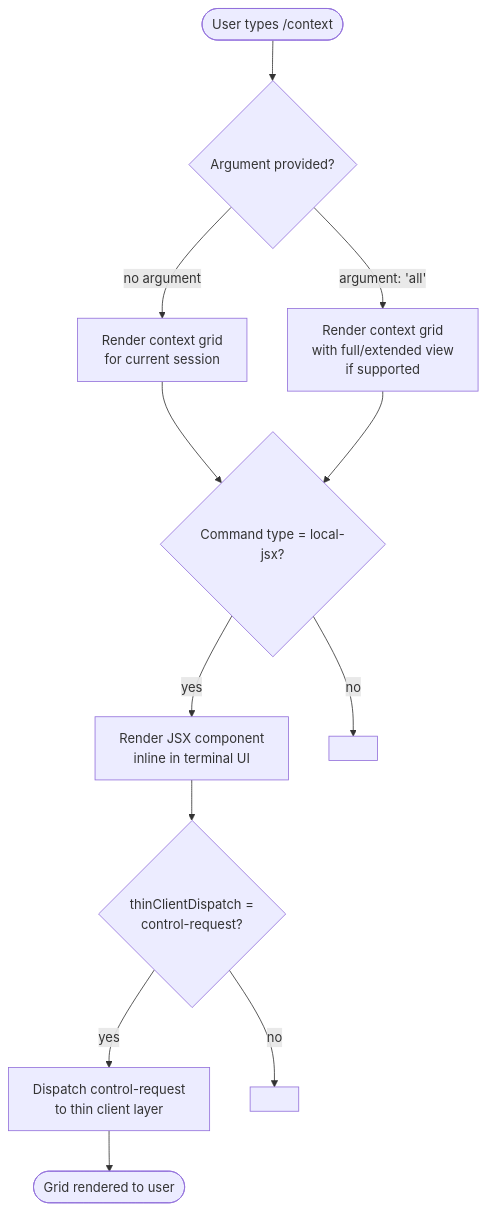
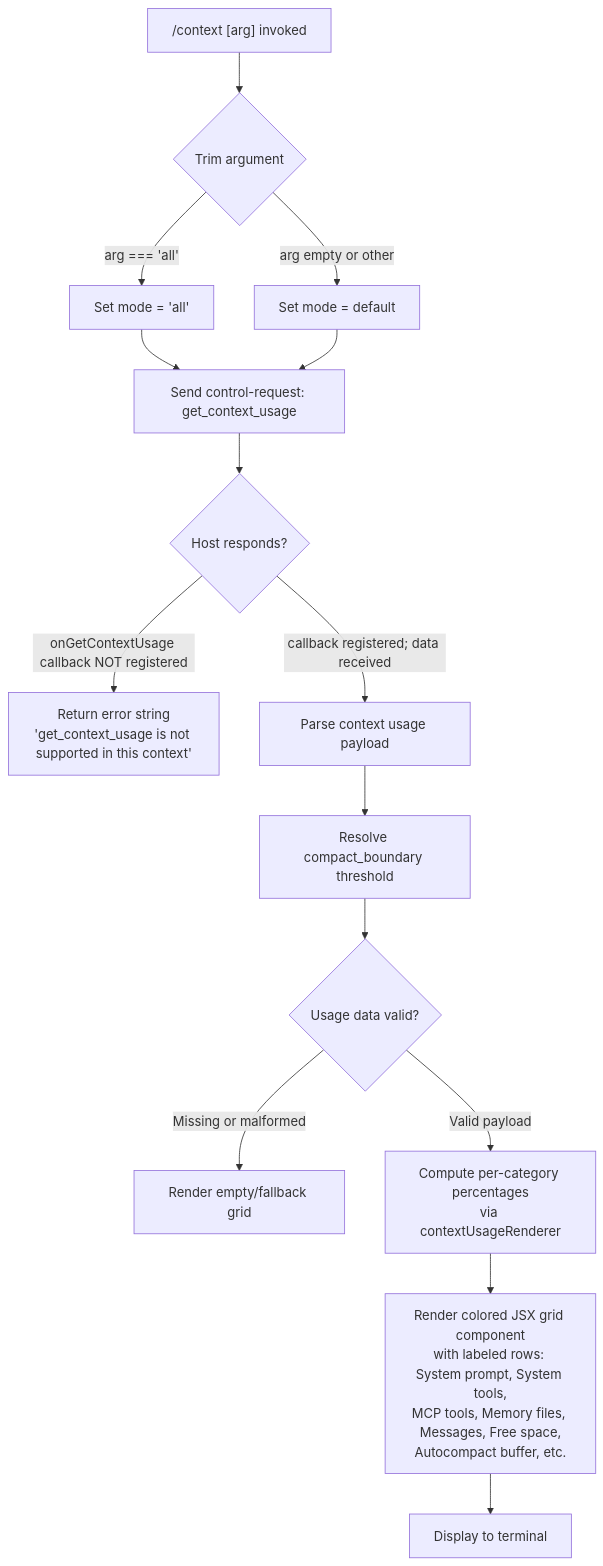
The diagram in versions/v2.1.146/context.md (MyLittleLuckyDog/cc-gnothi), drawn with Mermaid before and after one commit. The commit also changed other lines of this file and 496 other files, not shown here.

````diff
--- a/versions/v2.1.146/context.md
+++ b/versions/v2.1.146/context.md
@@ -48,14 +56,17 @@
 ```mermaid
 flowchart TD
-    A([User types /context]) --> B{Argument provided?}
-    B -- "no argument" --> C[Render context grid\nfor current session]
-    B -- "argument: 'all'" --> D[Render context grid\nwith full/extended view\nif supported]
-    C --> E{Command type = local-jsx?}
+    A["/context [arg] invoked"] --> B{Trim argument}
+    B -- "arg === 'all'" --> C[Set mode = 'all']
+    B -- "arg empty or other" --> D[Set mode = default]
+    C --> E[Send control-request: get_context_usage]
     D --> E
-    E -- "yes" --> F[Render JSX component\ninline in terminal UI]
-    E -- "no" --> G[<!-- TODO: fallback path\nnot found in depth-2 traversal;\nneeds --depth 4 -->]
-    F --> H{thinClientDispatch =\ncontrol-request?}
-    H -- "yes" --> I[Dispatch control-request\nto thin client layer]
-    H -- "no" --> J[<!-- TODO: non-control-request\ndispatch path not found\nin depth-2 traversal;\nneeds --depth 4 -->]
-    I --> K([Grid rendered to user])
+    E --> F{Host responds?}
+    F -- "onGetContextUsage callback NOT registered" --> G["Return error string\n'get_context_usage is not supported in this context'"]
+    F -- "callback registered; data received" --> H[Parse context usage payload]
+    H --> I[Resolve compact_boundary threshold]
+    I --> J{Usage data valid?}
+    J -- "Missing or malformed" --> K[Render empty/fallback grid]
+    J -- "Valid payload" --> L[Compute per-category percentages\nvia contextUsageRenderer]
+    L --> M[Render colored JSX grid component\nwith labeled rows: System prompt, System tools,\nMCP tools, Memory files, Messages, Free space,\nAutocompact buffer, etc.]
+    M --> N[Display to terminal]
 ```
````
